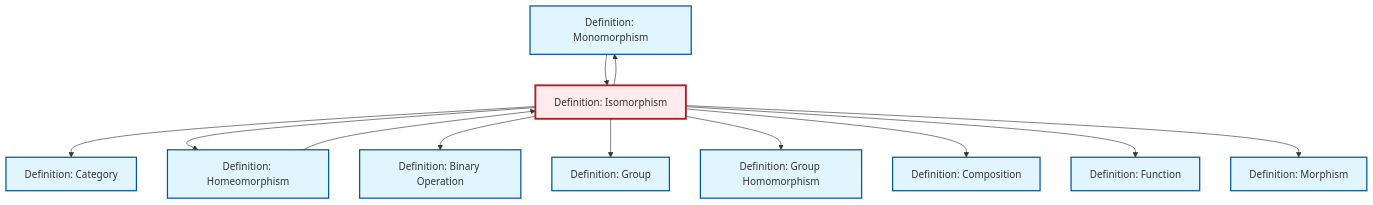
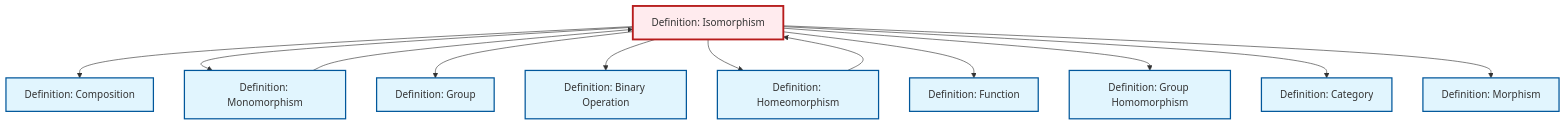
One commit to RK0429/ModernMath changed the diagram in content/en/algebra/def-isomorphism.qmd. Above: the diagram before and after it, drawn with Mermaid. The commit also changed other lines of this file and 1012 other files, not shown here.

````diff
--- a/content/en/algebra/def-isomorphism.qmd
+++ b/content/en/algebra/def-isomorphism.qmd
@@ -112,40 +112,40 @@
 ```{mermaid}
 %%| fig-cap: "Local dependency graph"
 graph TD
     classDef definition fill:#e1f5fe,stroke:#01579b,stroke-width:2px
     classDef theorem fill:#f3e5f5,stroke:#4a148c,stroke-width:2px
     classDef axiom fill:#fff3e0,stroke:#e65100,stroke-width:2px
     classDef example fill:#e8f5e9,stroke:#1b5e20,stroke-width:2px
     classDef current fill:#ffebee,stroke:#b71c1c,stroke-width:3px
+    def-isomorphism["Definition: Isomorphism"]:::definition
+    def-binary-operation["Definition: Binary Operation"]:::definition
+    def-composition["Definition: Composition"]:::definition
+    def-homeomorphism["Definition: Homeomorphism"]:::definition
+    def-category["Definition: Category"]:::definition
     def-monomorphism["Definition: Monomorphism"]:::definition
-    def-category["Definition: Category"]:::definition
-    def-homeomorphism["Definition: Homeomorphism"]:::definition
     def-function["Definition: Function"]:::definition
-    def-binary-operation["Definition: Binary Operation"]:::definition
-    def-isomorphism["Definition: Isomorphism"]:::definition
-    def-composition["Definition: Composition"]:::definition
     def-homomorphism["Definition: Group Homomorphism"]:::definition
     def-morphism["Definition: Morphism"]:::definition
     def-group["Definition: Group"]:::definition
+    def-isomorphism --> def-composition
+    def-monomorphism --> def-isomorphism
+    def-isomorphism --> def-monomorphism
+    def-isomorphism --> def-group
+    def-isomorphism --> def-binary-operation
+    def-isomorphism --> def-homeomorphism
+    def-isomorphism --> def-function
+    def-isomorphism --> def-homomorphism
+    def-homeomorphism --> def-isomorphism
     def-isomorphism --> def-category
-    def-isomorphism --> def-homeomorphism
-    def-isomorphism --> def-binary-operation
-    def-homeomorphism --> def-isomorphism
-    def-isomorphism --> def-group
-    def-isomorphism --> def-homomorphism
-    def-isomorphism --> def-monomorphism
-    def-isomorphism --> def-composition
-    def-isomorphism --> def-function
-    def-monomorphism --> def-isomorphism
     def-isomorphism --> def-morphism
     class def-isomorphism current
-    click def-monomorphism "def-monomorphism.html" "Go to Monomorphism definition"
-    click def-category "def-category.html" "Go to Category definition"
-    click def-homeomorphism "def-homeomorphism.html" "Go to Homeomorphism definition"
-    click def-function "def-function.html" "Go to Function definition"
     click def-binary-operation "def-binary-operation.html" "Go to Binary Operation definition"
     click def-composition "def-composition.html" "Go to Composition definition"
+    click def-homeomorphism "def-homeomorphism.html" "Go to Homeomorphism definition"
+    click def-category "def-category.html" "Go to Category definition"
+    click def-monomorphism "def-monomorphism.html" "Go to Monomorphism definition"
+    click def-function "def-function.html" "Go to Function definition"
     click def-homomorphism "def-homomorphism.html" "Go to Group Homomorphism definition"
     click def-morphism "def-morphism.html" "Go to Morphism definition"
     click def-group "def-group.html" "Go to Group definition"
 ```
````
